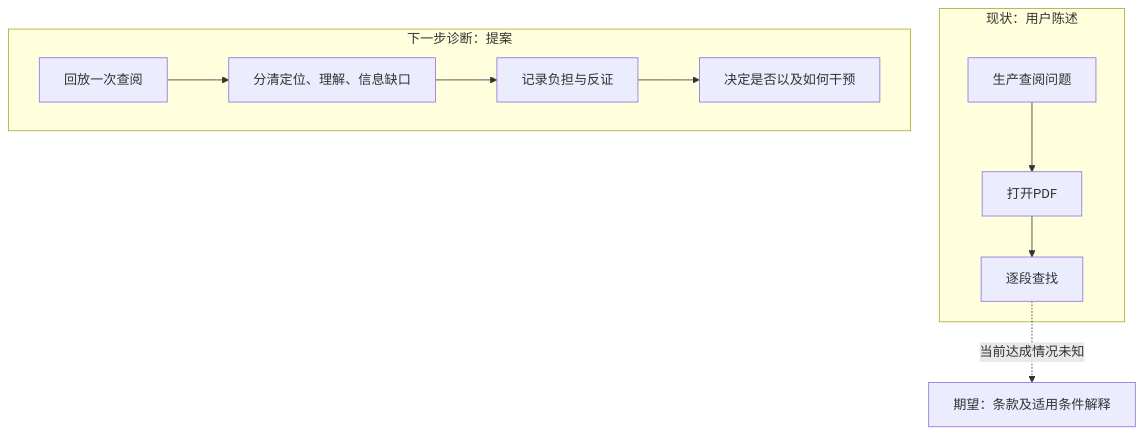
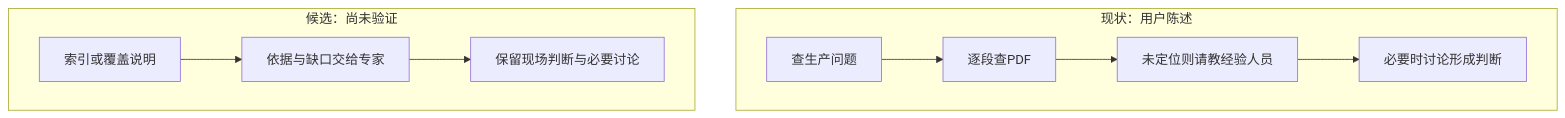
One commit to meiluosi/fde-problem-framing changed the third of 4 diagrams in examples/cbm-standards/diagrams.md. Above: the diagram before and after it, drawn with Mermaid. The commit also changed other lines of this file and 73 other files, not shown here.

````diff
--- a/examples/cbm-standards/diagrams.md
+++ b/examples/cbm-standards/diagrams.md
@@ -28,10 +27,11 @@
 ```mermaid
 flowchart TB
- subgraph current["现状：用户陈述"]
- A["生产查阅问题"] --> B["打开PDF"] --> C["逐段查找"]
+ subgraph actual["现状：用户陈述"]
+ A["查生产问题"] --> B["逐段查PDF"] --> C["未定位则请教经验人员"]
+ C --> D["必要时讨论形成判断"]
  end
- C -. "当前达成情况未知" .-> D["期望：条款及适用条件解释"]
- subgraph next["下一步诊断：提案"]
- E["回放一次查阅"] --> F["分清定位、理解、信息缺口"] --> G["记录负担与反证"] --> H["决定是否以及如何干预"]
+ subgraph candidate["候选：尚未验证"]
+ E["索引或覆盖说明"] --> F["依据与缺口交给专家"]
+ F --> G["保留现场判断与必要讨论"]
  end
 ```
````
